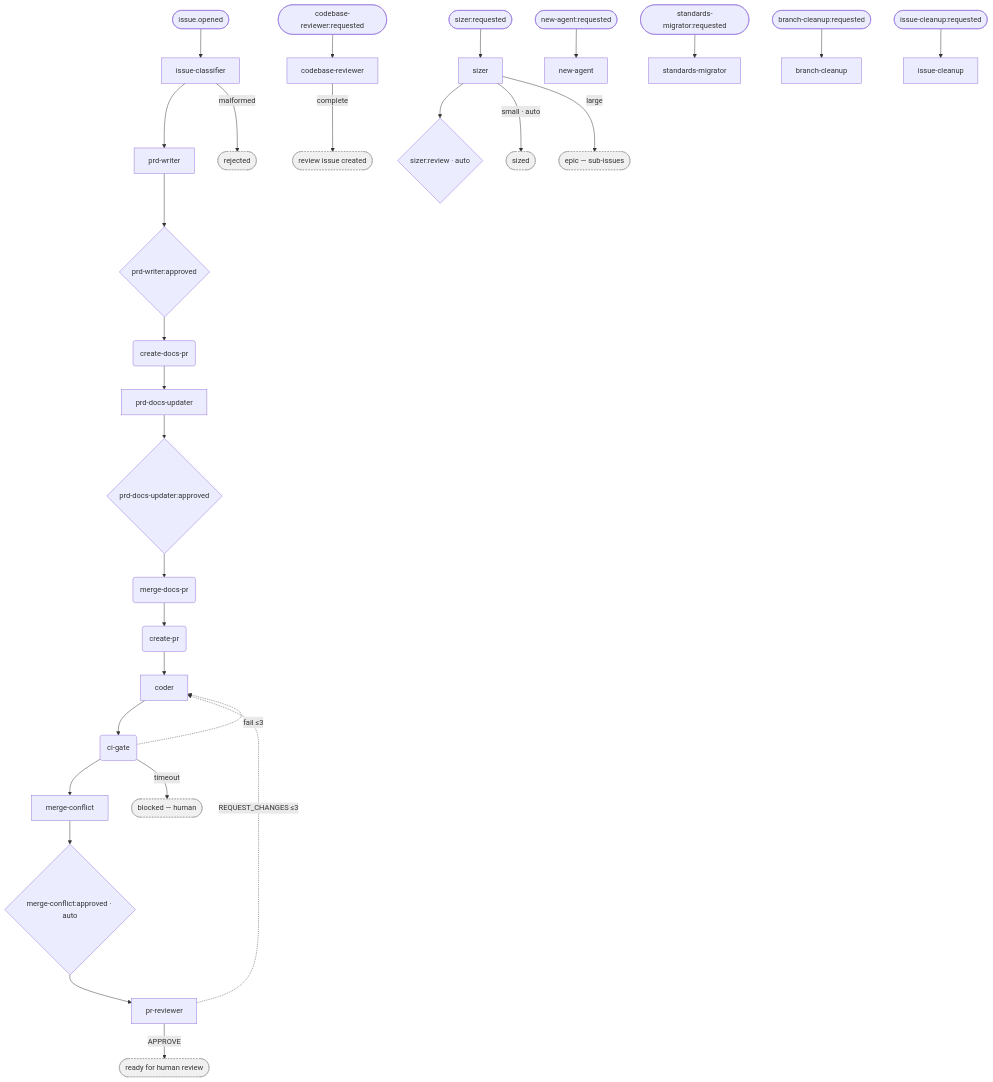
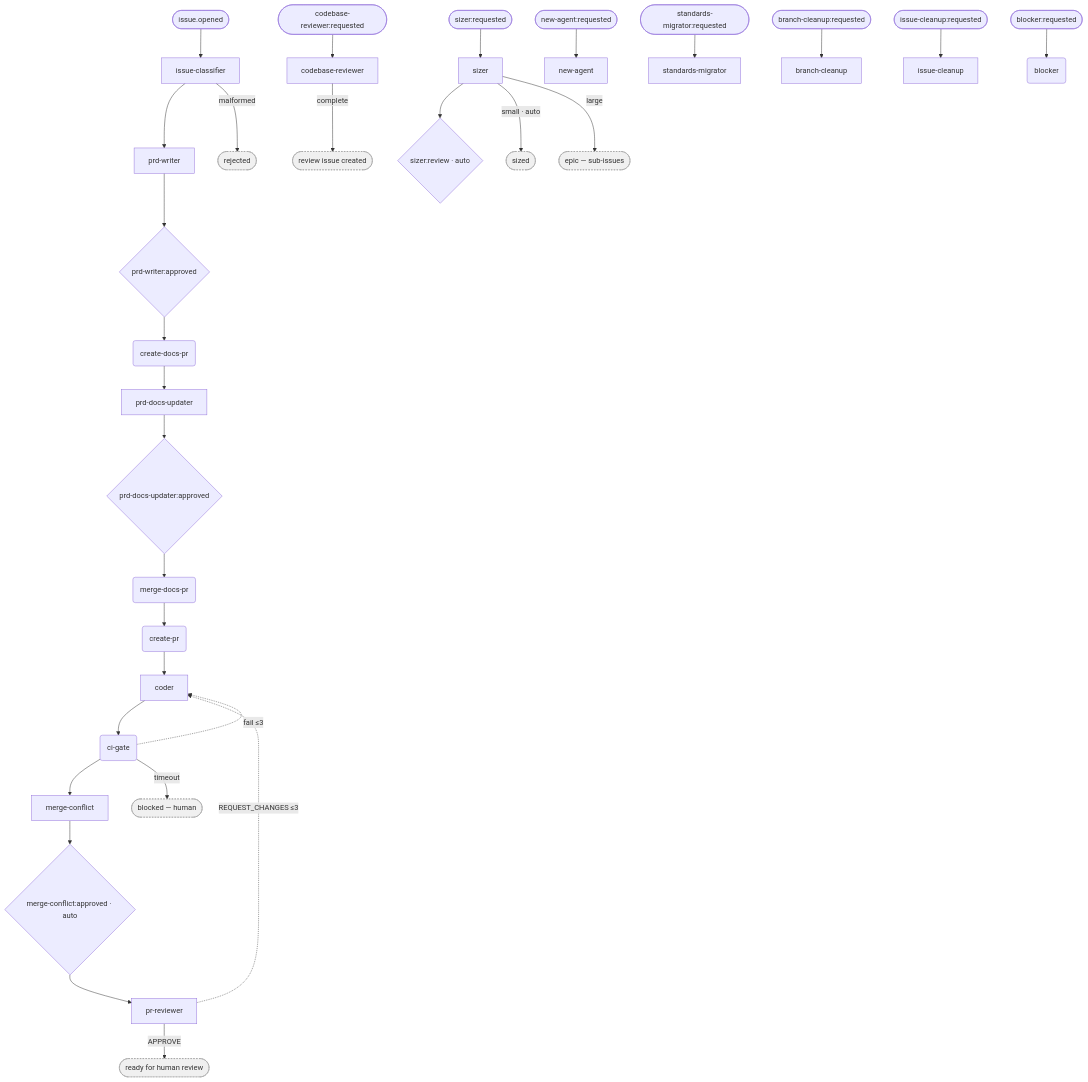
Before and after one commit to M-A-Operating-System/ai-coding-standards2: the diagram in docs/product/orchestrator/generated/pipeline.mmd, drawn with Mermaid. The commit also changed 2 other files, not shown here.

Commit message:
chore: regenerate pipeline diagrams

```diff
--- a/docs/product/orchestrator/generated/pipeline.mmd
+++ b/docs/product/orchestrator/generated/pipeline.mmd
@@ -1,63 +1,66 @@
 flowchart TD
     entry_n_01_product_docs__issue_classifier(["issue.opened"])
     entry_n_00_ondemand__codebase_reviewer(["codebase-reviewer:requested"])
     entry_n_00_ondemand__sizer(["sizer:requested"])
     entry_n_00_ondemand__new_agent(["new-agent:requested"])
     entry_n_00_ondemand__standards_migrator(["standards-migrator:requested"])
     entry_n_00_ondemand__branch_cleanup(["branch-cleanup:requested"])
     entry_n_00_ondemand__issue_cleanup(["issue-cleanup:requested"])
+    entry_n_00_ondemand__blocker(["blocker:requested"])
     n_01_product_docs__issue_classifier["issue-classifier"]
     n_01_product_docs__prd_writer["prd-writer"]
     n_01_product_docs__create_docs_pr("create-docs-pr")
     n_01_product_docs__create_pr("create-pr")
     n_01_product_docs__prd_docs_updater["prd-docs-updater"]
     n_01_product_docs__merge_docs_pr("merge-docs-pr")
     n_03_execute__coder["coder"]
     n_03_execute__ci_gate("ci-gate")
     n_03_execute__merge_conflict["merge-conflict"]
     n_03_execute__pr_reviewer["pr-reviewer"]
     n_00_ondemand__codebase_reviewer["codebase-reviewer"]
     n_00_ondemand__sizer["sizer"]
     n_00_ondemand__new_agent["new-agent"]
     n_00_ondemand__standards_migrator["standards-migrator"]
     n_00_ondemand__branch_cleanup["branch-cleanup"]
     n_00_ondemand__issue_cleanup["issue-cleanup"]
+    n_00_ondemand__blocker("blocker")
     gate__n_01_product_docs__prd_writer{"prd-writer:approved"}
     gate__n_01_product_docs__prd_docs_updater{"prd-docs-updater:approved"}
     gate__n_03_execute__merge_conflict{"merge-conflict:approved · auto"}
     gate__n_00_ondemand__sizer{"sizer:review · auto"}
     term_blocked(["blocked — human"]):::term
     term_cr_done(["review issue created"]):::term
     term_epic(["epic — sub-issues"]):::term
     term_ready(["ready for human review"]):::term
     term_rejected(["rejected"]):::term
     term_sized(["sized"]):::term
     entry_n_01_product_docs__issue_classifier --> n_01_product_docs__issue_classifier
     entry_n_00_ondemand__codebase_reviewer --> n_00_ondemand__codebase_reviewer
     entry_n_00_ondemand__sizer --> n_00_ondemand__sizer
     entry_n_00_ondemand__new_agent --> n_00_ondemand__new_agent
     entry_n_00_ondemand__standards_migrator --> n_00_ondemand__standards_migrator
     entry_n_00_ondemand__branch_cleanup --> n_00_ondemand__branch_cleanup
     entry_n_00_ondemand__issue_cleanup --> n_00_ondemand__issue_cleanup
+    entry_n_00_ondemand__blocker --> n_00_ondemand__blocker
     n_01_product_docs__issue_classifier --> n_01_product_docs__prd_writer
     gate__n_01_product_docs__prd_writer --> n_01_product_docs__create_docs_pr
     n_01_product_docs__merge_docs_pr --> n_01_product_docs__create_pr
     n_01_product_docs__create_docs_pr --> n_01_product_docs__prd_docs_updater
     gate__n_01_product_docs__prd_docs_updater --> n_01_product_docs__merge_docs_pr
     n_01_product_docs__create_pr --> n_03_execute__coder
     n_03_execute__coder --> n_03_execute__ci_gate
     n_03_execute__ci_gate --> n_03_execute__merge_conflict
     gate__n_03_execute__merge_conflict --> n_03_execute__pr_reviewer
     n_01_product_docs__prd_writer --> gate__n_01_product_docs__prd_writer
     n_01_product_docs__prd_docs_updater --> gate__n_01_product_docs__prd_docs_updater
     n_03_execute__merge_conflict --> gate__n_03_execute__merge_conflict
     n_00_ondemand__sizer --> gate__n_00_ondemand__sizer
     n_03_execute__pr_reviewer -. REQUEST_CHANGES ≤3 .-> n_03_execute__coder
     n_03_execute__ci_gate -. fail ≤3 .-> n_03_execute__coder
     n_01_product_docs__issue_classifier -->|malformed| term_rejected
     n_03_execute__ci_gate -->|timeout| term_blocked
     n_03_execute__pr_reviewer -->|APPROVE| term_ready
     n_00_ondemand__sizer -->|small · auto| term_sized
     n_00_ondemand__sizer -->|large| term_epic
     n_00_ondemand__codebase_reviewer -->|complete| term_cr_done
     classDef term fill:#f0f0f0,stroke:#999,stroke-dasharray:3
```
